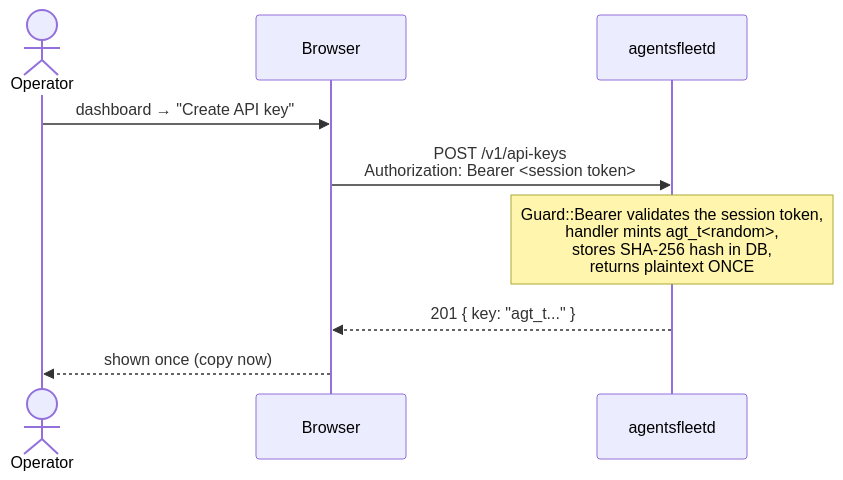
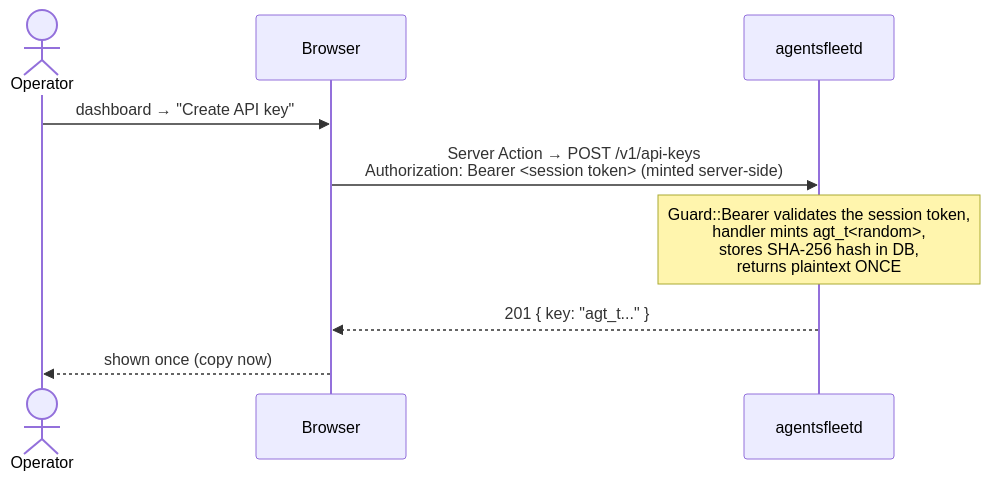
One commit to agentsfleet/agentsfleet changed the fourth of 6 diagrams in docs/AUTH.md. Above: the diagram before and after it, drawn with Mermaid. The commit also changed other lines of this file and 1 other file, not shown here.

````diff
--- a/docs/AUTH.md
+++ b/docs/AUTH.md
@@ -635,12 +635,12 @@
 ```mermaid
 sequenceDiagram
     actor Operator
     participant Browser
     participant API as agentsfleetd
 
     Operator->>Browser: dashboard → "Create API key"
-    Browser->>API: POST /v1/api-keys<br/>Authorization: Bearer <session token>
+    Browser->>API: Server Action → POST /v1/api-keys<br/>Authorization: Bearer <session token> (minted server-side)
     Note over API: Guard::Bearer validates the session token,<br/>handler mints agt_t<random>,<br/>stores SHA-256 hash in DB,<br/>returns plaintext ONCE
     API-->>Browser: 201 { key: "agt_t..." }
     Browser-->>Operator: shown once (copy now)
 ```
````
